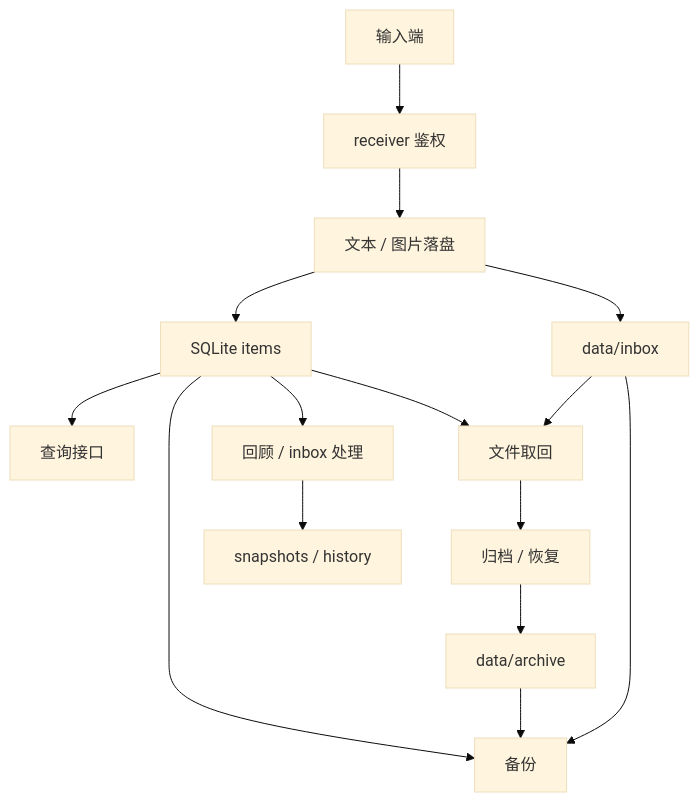
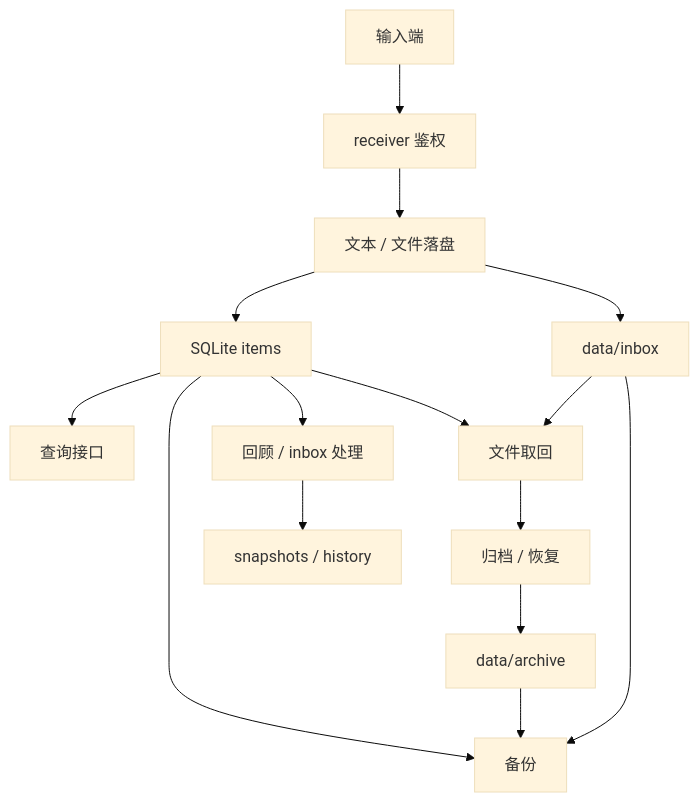
Before and after one commit to PengWeiTaing/Axiom: the diagram in docs/AI_CONTEXT.md, drawn with Mermaid (base theme). The commit also changed other lines of this file and 11 other files, not shown here.

````diff
--- a/docs/AI_CONTEXT.md
+++ b/docs/AI_CONTEXT.md
@@ -188,17 +189,17 @@
 ```mermaid
 flowchart TD
     A["输入端"] --> B["receiver 鉴权"]
-    B --> C["文本 / 图片落盘"]
+    B --> C["文本 / 文件落盘"]
     C --> D["data/inbox"]
     C --> E["SQLite items"]
     E --> F["查询接口"]
     D --> G["文件取回"]
     E --> G
     G --> H["归档 / 恢复"]
     H --> I["data/archive"]
     D --> J["备份"]
     I --> J
     E --> J
     E --> K["回顾 / inbox 处理"]
     K --> L["snapshots / history"]
 ```
````
